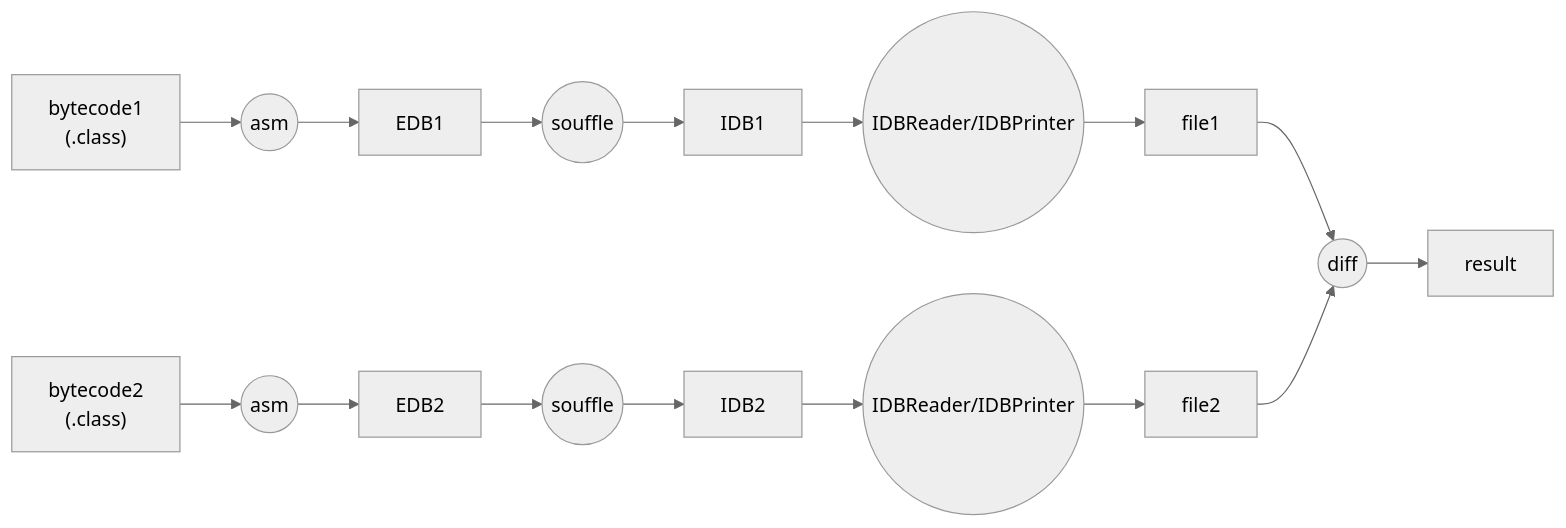
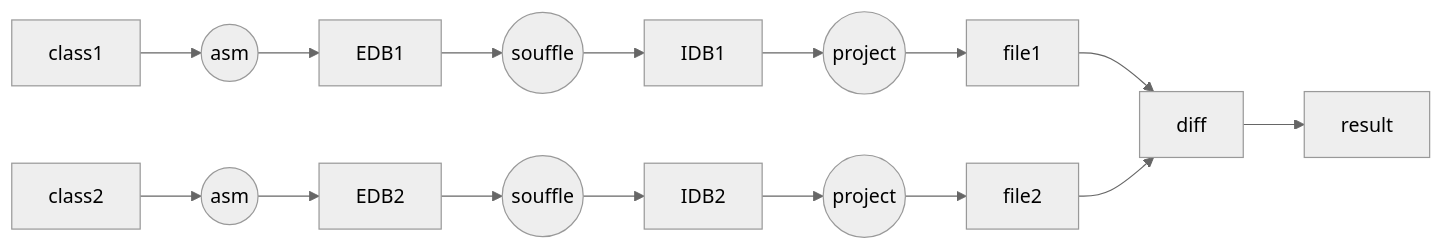
One commit to binaryeq/daleq changed the fourth of 4 diagrams in README.md. Above: the diagram before and after it, drawn with Mermaid (neutral theme). The commit also changed 6 other files, not shown here.

````diff
--- a/README.md
+++ b/README.md
@@ -150,6 +150,6 @@
 ```mermaid
 flowchart LR
-    bytecode1["bytecode1\n(.class)"] --> asm1(("asm")) --> edb1["EDB1"] --> souffle1(("souffle")) --> idb1["IDB1"] --> IDBReader1(("IDBReader/IDBPrinter"))  --> file1 --> diff(("diff")) --> result
-    bytecode2["bytecode2\n(.class)"] --> asm2(("asm")) --> edb2["EDB2"] --> souffle2(("souffle")) --> idb2["IDB2"] --> IDBReader2(("IDBReader/IDBPrinter"))  --> file2 --> diff(("diff"))
-
+    bytecode1["class1"] --> asm1(("asm")) --> edb1["EDB1"] --> souffle1(("souffle")) --> idb1["IDB1"] --> IDBReader1(("project"))  --> file1 --> diff --> result
+    bytecode2["class2"] --> asm2(("asm")) --> edb2["EDB2"] --> souffle2(("souffle")) --> idb2["IDB2"] --> IDBReader2(("project"))  --> file2 --> diff
+    
 ```
````
